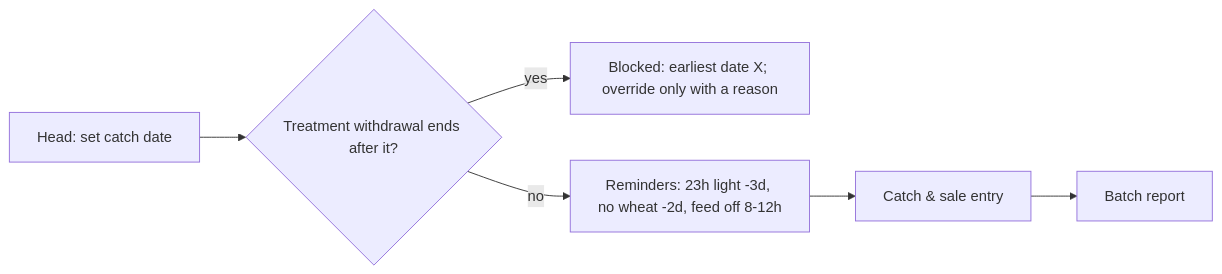
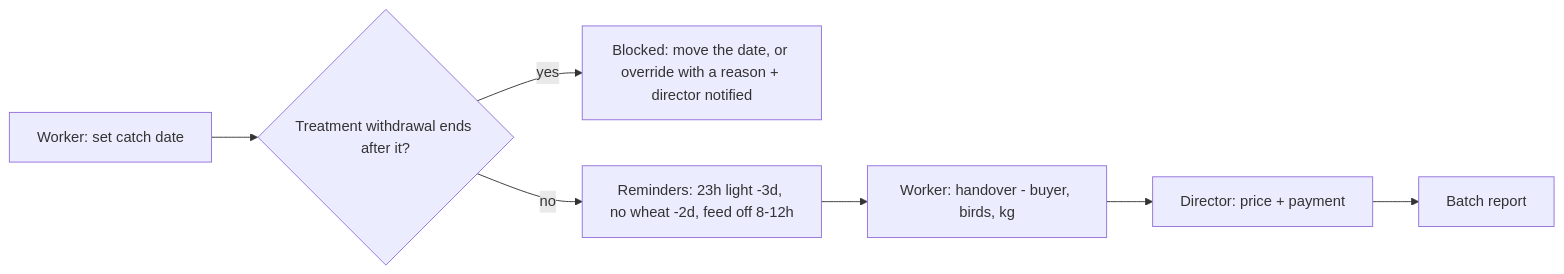
The fourth of 4 diagrams in docs/BLUEPRINT.md (Nursul7an/poultry-farm), drawn with Mermaid before and after one commit. The commit also changed other lines of this file and 10 other files, not shown here.

````diff
--- a/docs/BLUEPRINT.md
+++ b/docs/BLUEPRINT.md
@@ -220,7 +255,7 @@
 ```mermaid
 flowchart LR
-  A["Head: set catch date"] --> B{"Treatment withdrawal ends after it?"}
-  B -- yes --> C["Blocked: earliest date X; override only with a reason"]
+  A["Worker: set catch date"] --> B{"Treatment withdrawal ends after it?"}
+  B -- yes --> C["Blocked: move the date, or override with a reason + director notified"]
   B -- no --> D["Reminders: 23h light -3d, no wheat -2d, feed off 8-12h"]
-  D --> E["Catch & sale entry"] --> F["Batch report"]
+  D --> E["Worker: handover - buyer, birds, kg"] --> G["Director: price + payment"] --> F["Batch report"]
 ```
````
